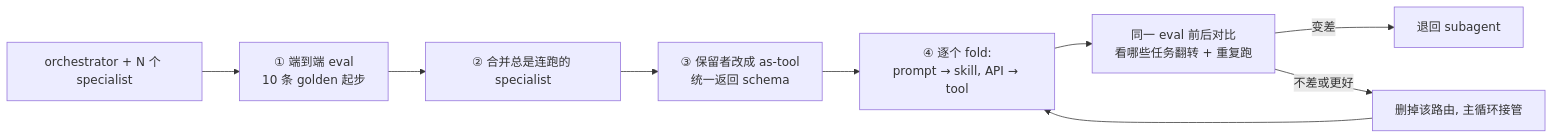
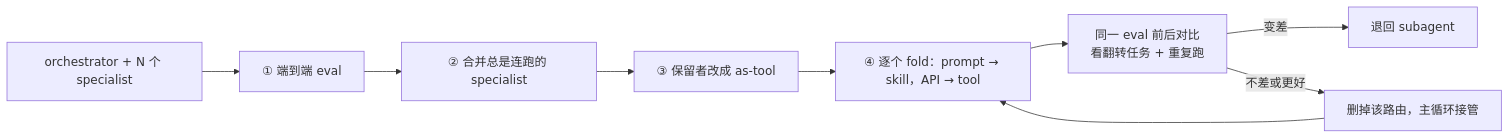
Before and after one commit to yanfeng98/paper-reading-notes: the second of 2 diagrams in notes/blogs/claude-when-to-fold-subagents/note.md, drawn with Mermaid. The commit also changed other lines of this file and 80 other files, not shown here.

````diff
--- a/notes/blogs/claude-when-to-fold-subagents/note.md
+++ b/notes/blogs/claude-when-to-fold-subagents/note.md
@@ -175,11 +153,11 @@
 ```mermaid
 flowchart LR
-    A["orchestrator + N 个 specialist"] --> B["① 端到端 eval<br/>10 条 golden 起步"]
+    A["orchestrator + N 个 specialist"] --> B["① 端到端 eval"]
     B --> C["② 合并总是连跑的 specialist"]
-    C --> D["③ 保留者改成 as-tool<br/>统一返回 schema"]
-    D --> E["④ 逐个 fold:<br/>prompt → skill, API → tool"]
-    E --> F["同一 eval 前后对比<br/>看哪些任务翻转 + 重复跑"]
+    C --> D["③ 保留者改成 as-tool"]
+    D --> E["④ 逐个 fold：prompt → skill，API → tool"]
+    E --> F["同一 eval 前后对比<br/>看翻转任务 + 重复跑"]
     F -->|变差| G["退回 subagent"]
-    F -->|不差或更好| H["删掉该路由, 主循环接管"]
+    F -->|不差或更好| H["删掉该路由，主循环接管"]
     H --> E
 ```
````
